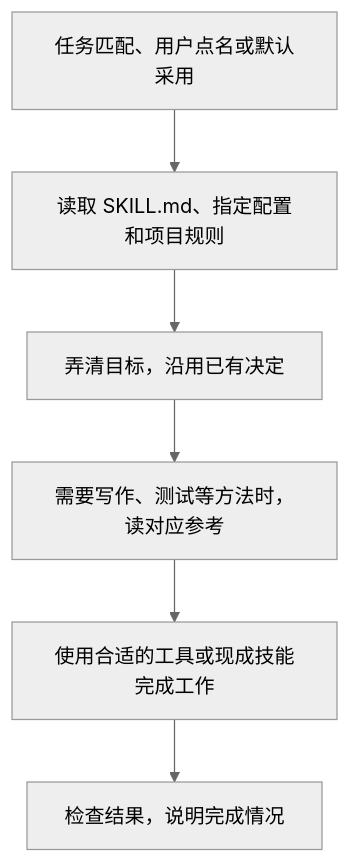
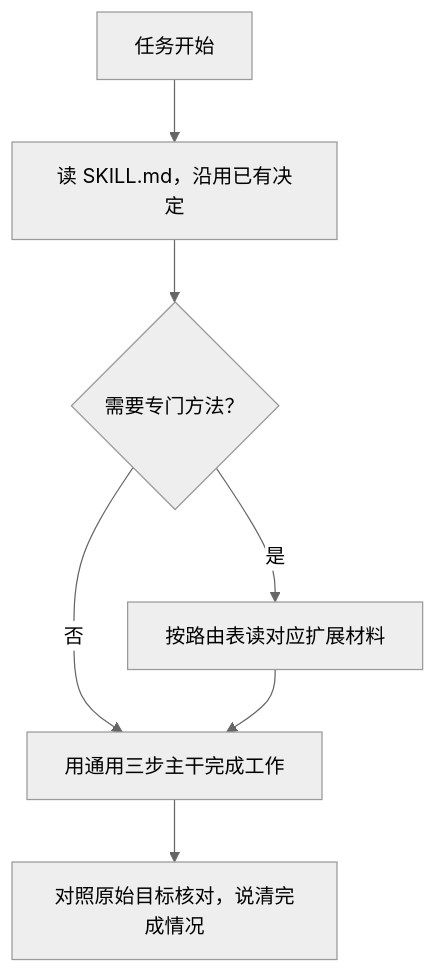
One commit to waxiliwwww/agent-collaboration-guide changed the diagram in README.md. Above: the diagram before and after it, drawn with Mermaid (neutral theme). The commit also changed other lines of this file and 10 other files, not shown here.

````diff
--- a/README.md
+++ b/README.md
@@ -21,8 +54,9 @@
 ```mermaid
 flowchart TD
-    A[任务匹配、用户点名或默认采用] --> B[读取 SKILL.md、指定配置和项目规则]
-    B --> C[弄清目标，沿用已有决定]
-    C --> D[需要写作、测试等方法时，读对应参考]
-    D --> E[使用合适的工具或现成技能完成工作]
-    E --> F[检查结果，说明完成情况]
+    A[任务开始] --> B[读 SKILL.md，沿用已有决定]
+    B --> C{需要专门方法？}
+    C -- 是 --> D[按路由表读对应扩展材料]
+    C -- 否 --> E[用通用三步主干完成工作]
+    D --> E
+    E --> F[对照原始目标核对，说清完成情况]
 ```
````
